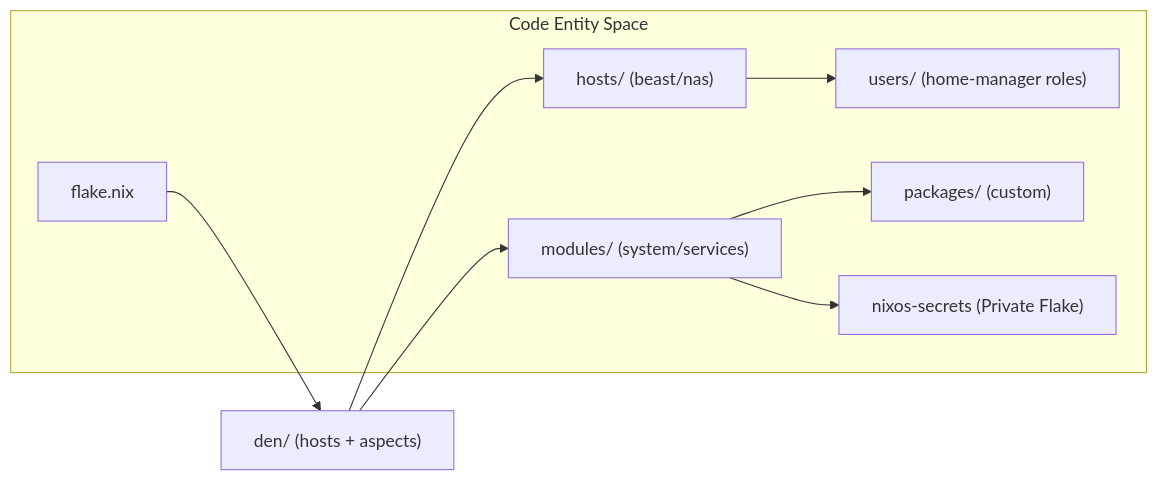
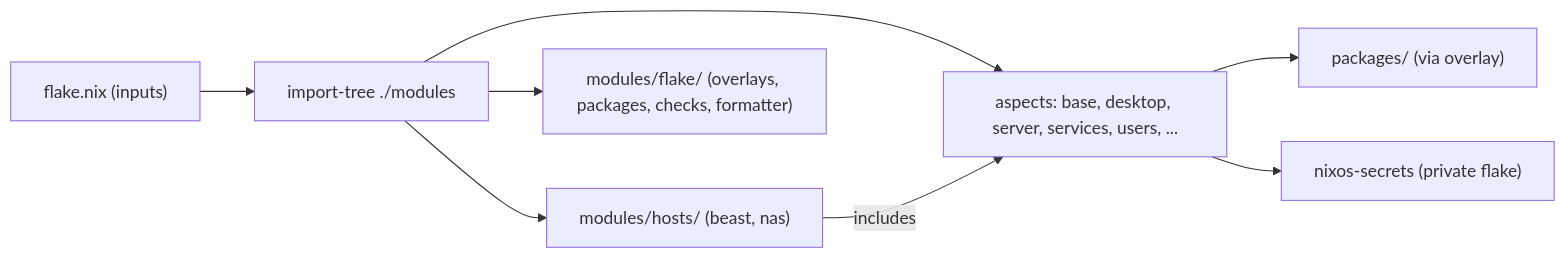
Before and after one commit to Cody-W-Tucker/nix-config: the first of 2 diagrams in docs/Repository-Structure-and-Conventions.md, drawn with Mermaid. The commit also changed other lines of this file and 35 other files, not shown here.

````diff
--- a/docs/Repository-Structure-and-Conventions.md
+++ b/docs/Repository-Structure-and-Conventions.md
@@ -25,18 +21,10 @@
 ```mermaid
 flowchart LR
-    subgraph subGraph0 ["Code Entity Space"]
-        FLAKE["flake.nix"]
-        HOSTS["hosts/ (beast/nas)"]
-        MODS["modules/ (system/services)"]
-    USERS["users/ (home-manager roles)"]
-        PKGS["packages/ (custom)"]
-        SECRETS["nixos-secrets (Private Flake)"]
-    end
-    DEN["den/ (hosts + aspects)"]
-    FLAKE --> DEN
-    DEN --> HOSTS
-    DEN --> MODS
-    HOSTS --> USERS
-    MODS --> PKGS
-    MODS --> SECRETS
+    FLAKE["flake.nix (inputs)"] --> TREE["import-tree ./modules"]
+    TREE --> HOSTS["modules/hosts/ (beast, nas)"]
+    TREE --> ASPECTS["aspects: base, desktop, server, services, users, ..."]
+    TREE --> OUT["modules/flake/ (overlays, packages, checks, formatter)"]
+    HOSTS -->|includes| ASPECTS
+    ASPECTS --> PKGS["packages/ (via overlay)"]
+    ASPECTS --> SECRETS["nixos-secrets (private flake)"]
 ```
````
